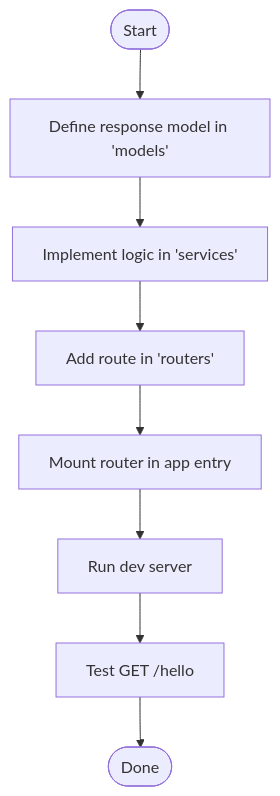
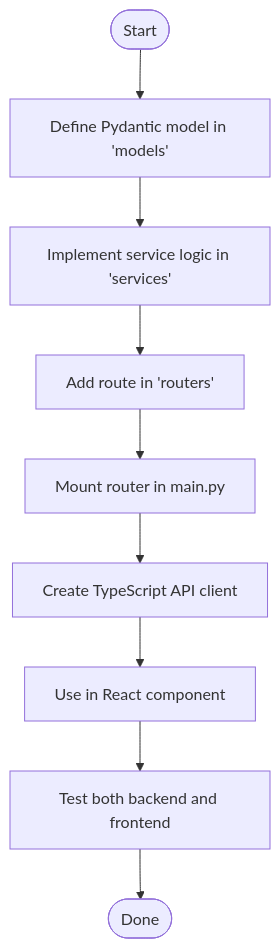
One commit to Ragnar1999/GoNow changed the third of 3 diagrams in .qoder/repowiki/en/content/Getting Started.md. Above: the diagram before and after it, drawn with Mermaid. The commit also changed other lines of this file and 6 other files, not shown here.

````diff
--- a/.qoder/repowiki/en/content/Getting Started.md
+++ b/.qoder/repowiki/en/content/Getting Started.md
@@ -117,10 +318,11 @@
 ```mermaid
 flowchart TD
-Start(["Start"]) --> DefineModel["Define response model in 'models'"]
-DefineModel --> ImplementService["Implement logic in 'services'"]
+Start(["Start"]) --> DefineModel["Define Pydantic model in 'models'"]
+DefineModel --> ImplementService["Implement service logic in 'services'"]
 ImplementService --> AddRoute["Add route in 'routers'"]
-AddRoute --> MountRouter["Mount router in app entry"]
-MountRouter --> RunServer["Run dev server"]
-RunServer --> TestEndpoint["Test GET /hello"]
+AddRoute --> MountRouter["Mount router in main.py"]
+MountRouter --> CreateAPIClient["Create TypeScript API client"]
+CreateAPIClient --> UseInComponent["Use in React component"]
+UseInComponent --> TestEndpoint["Test both backend and frontend"]
 TestEndpoint --> End(["Done"])
 ```
````
